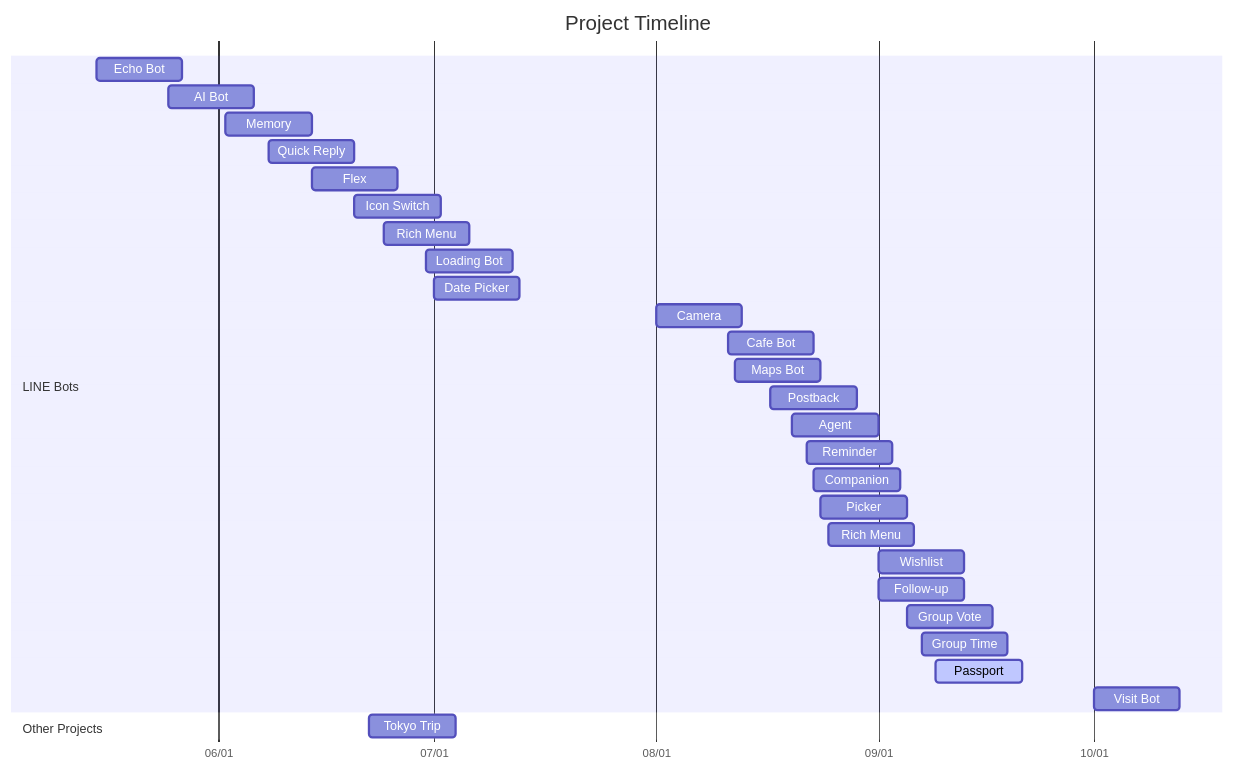
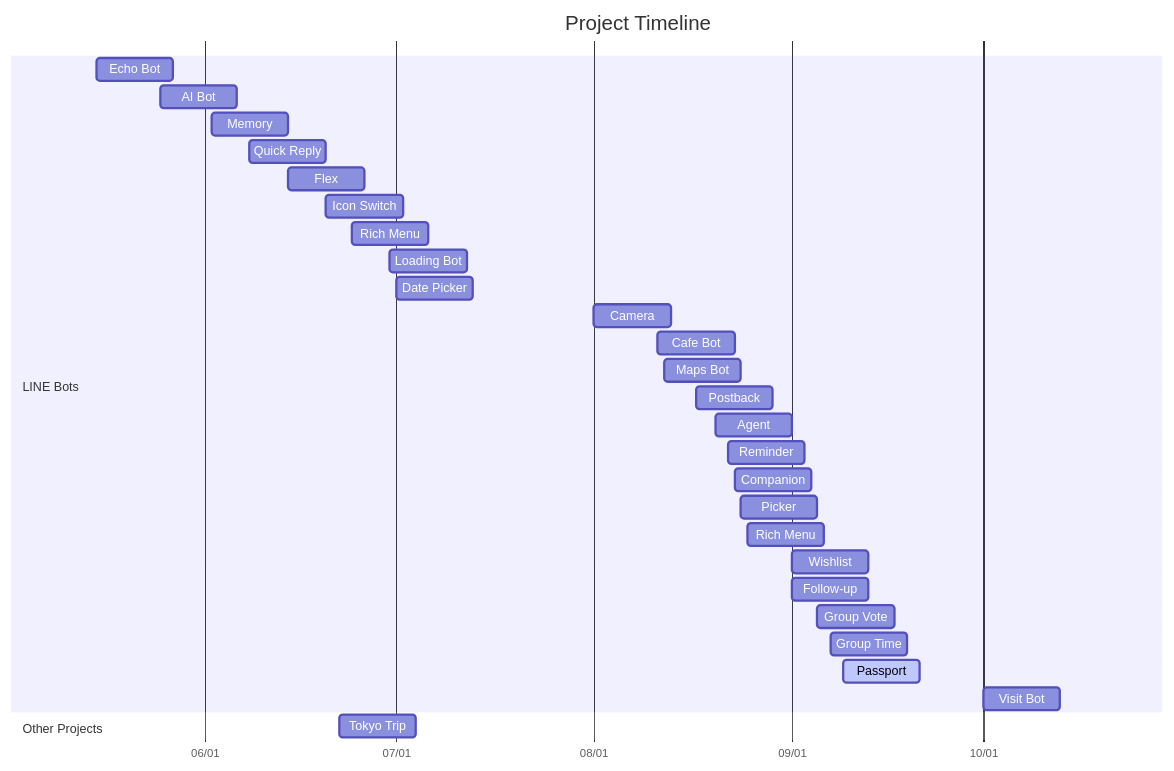
The diagram in README.md (zonawang/zona-ai-learning-lab), drawn with Mermaid before and after one commit.

Commit message:
docs: add timeline spacing for Visit Bot

````diff
--- a/README.md
+++ b/README.md
@@ -16,35 +16,36 @@
 ```mermaid
+%%{init: {"gantt": {"rightPadding": 180}}}%%
 gantt
     title Project Timeline
     dateFormat YYYY-MM-DD
     axisFormat %m/%d
 
     section LINE Bots
     Echo Bot      :p1, 2026-05-15, 12d
     AI Bot        :p2, 2026-05-25, 12d
     Memory        :p3, 2026-06-02, 12d
     Quick Reply   :p4, 2026-06-08, 12d
     Flex          :p5, 2026-06-14, 12d
     Icon Switch   :p6, 2026-06-20, 12d
     Rich Menu     :p8, 2026-06-24, 12d
     Loading Bot   :p9, 2026-06-30, 12d
     Date Picker   :p10, 2026-07-01, 12d
     Camera        :p11, 2026-08-01, 12d
     Cafe Bot      :p12, 2026-08-11, 12d
     Maps Bot      :p13, 2026-08-12, 12d
     Postback      :p14, 2026-08-17, 12d
     Agent         :p15, 2026-08-20, 12d
     Reminder      :p16, 2026-08-22, 12d
     Companion     :p17, 2026-08-23, 12d
     Picker        :p18, 2026-08-24, 12d
     Rich Menu     :p19, 2026-08-25, 12d
     Wishlist      :p20, 2026-09-01, 12d
     Follow-up     :p21, 2026-09-01, 12d
     Group Vote    :p22, 2026-09-05, 12d
     Group Time    :p23, 2026-09-07, 12d
     Passport      :active, p24, 2026-09-09, 12d
     Visit Bot     :p25, 2026-10-01, 12d
 
     section Other Projects
     Tokyo Trip    :p7, 2026-06-22, 12d
 ```
````
